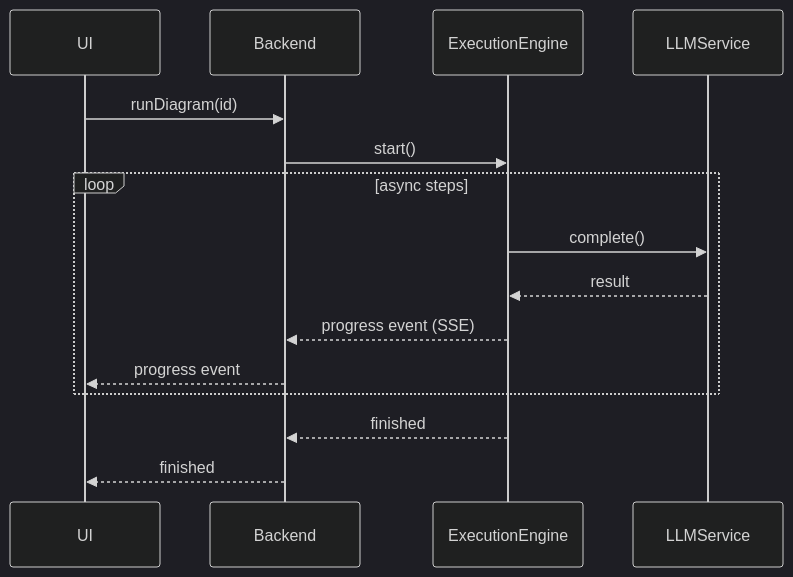
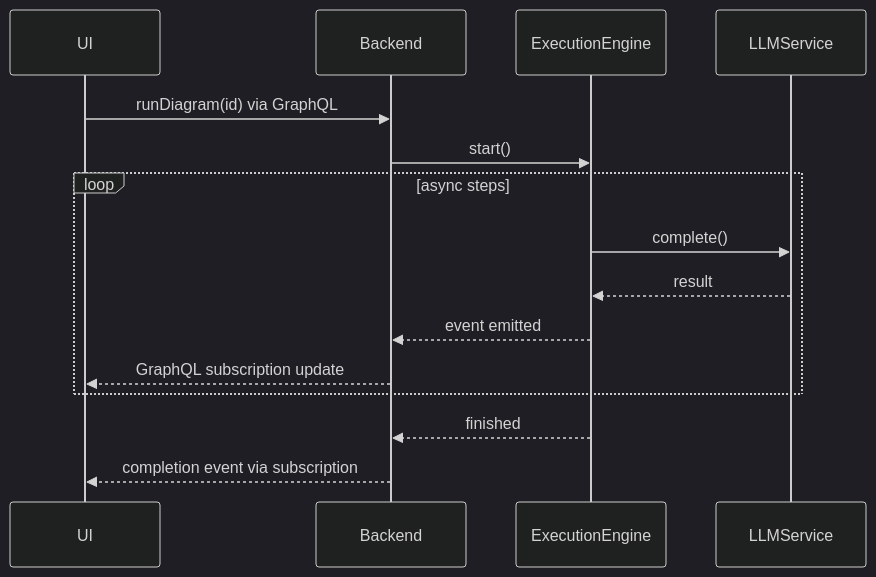
One commit to sorryhyun/DiPeO changed the diagram in docs/overall_architecture.md. Above: the diagram before and after it, drawn with Mermaid (dark theme). The commit also changed other lines of this file and 4 other files, not shown here.

````diff
--- a/docs/overall_architecture.md
+++ b/docs/overall_architecture.md
@@ -75,17 +75,17 @@
 ```mermaid
 sequenceDiagram
   participant UI
   participant Backend
   participant ExecutionEngine
   participant LLMService
-  UI->>Backend: runDiagram(id)
+  UI->>Backend: runDiagram(id) via GraphQL
   Backend->>ExecutionEngine: start()
   loop async steps
     ExecutionEngine->>LLMService: complete()
     LLMService-->>ExecutionEngine: result
-    ExecutionEngine-->>Backend: progress event (SSE)
-    Backend-->>UI: progress event
+    ExecutionEngine-->>Backend: event emitted
+    Backend-->>UI: GraphQL subscription update
   end
   ExecutionEngine-->>Backend: finished
-  Backend-->>UI: finished
+  Backend-->>UI: completion event via subscription
 ```
````
